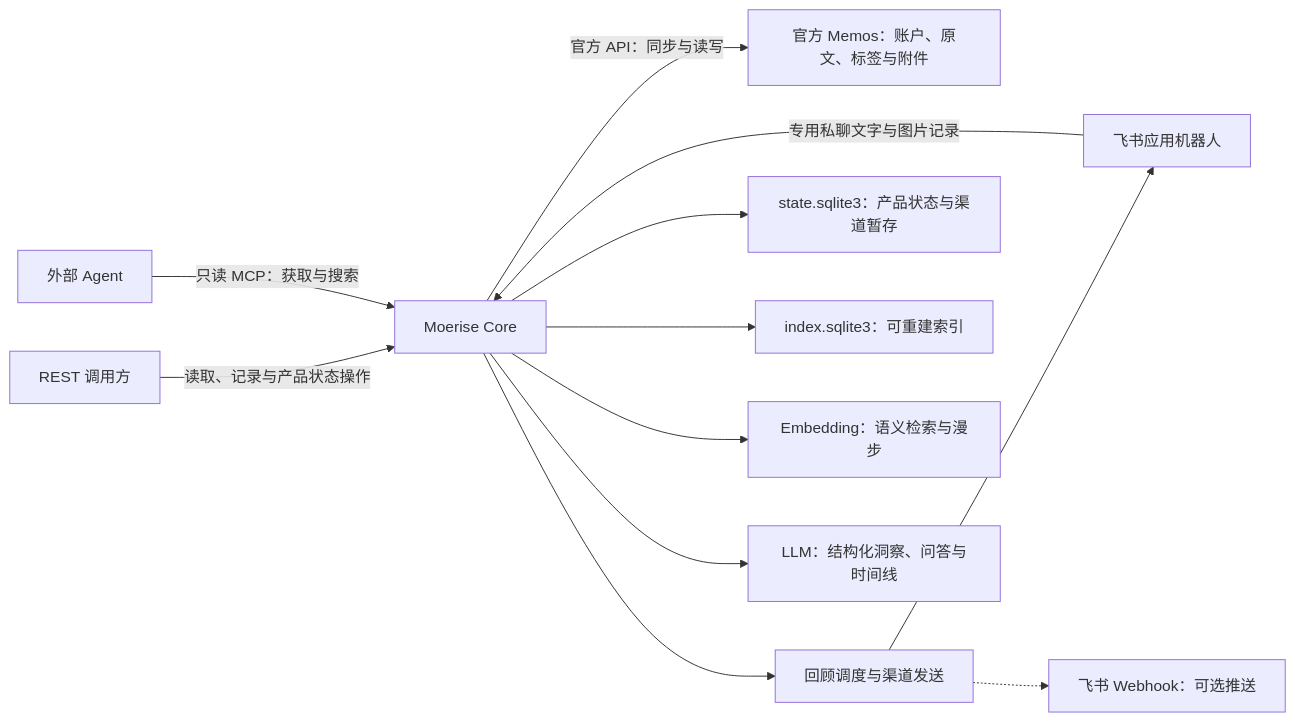
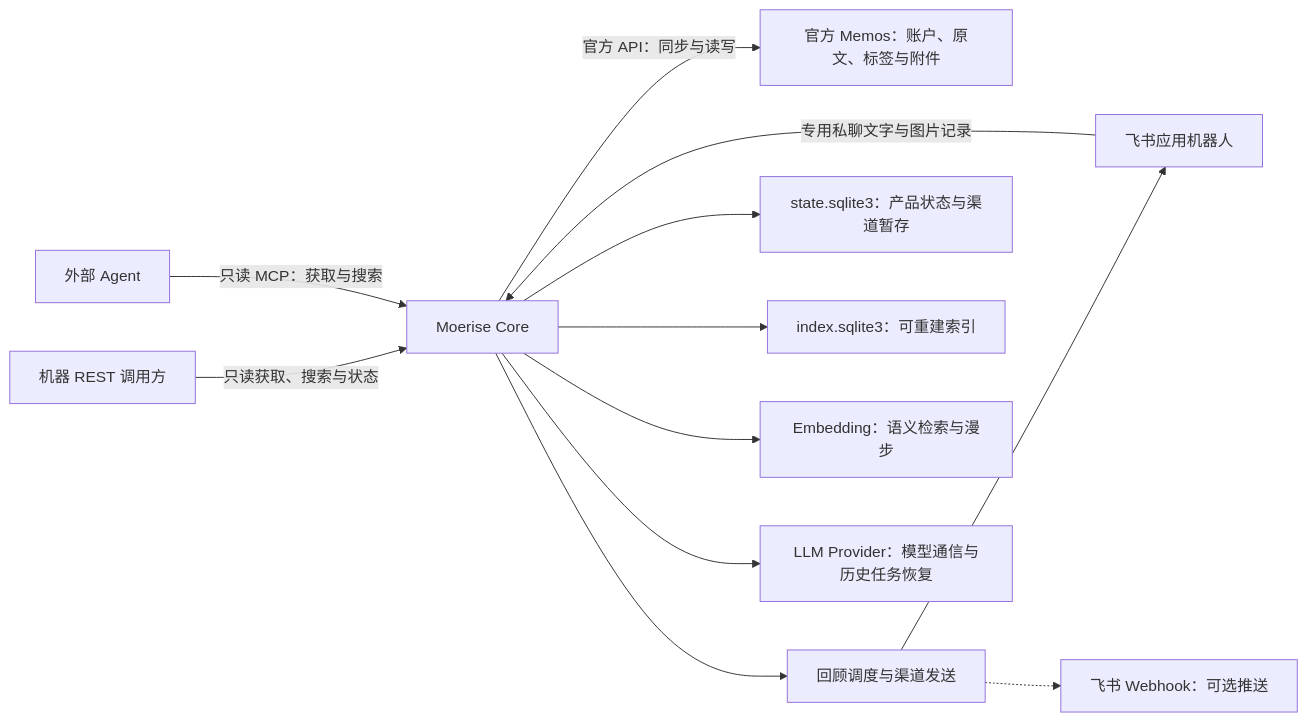
One commit to Fermin214/Moerise changed the first of 2 diagrams in docs/PRODUCT-ARCHITECTURE.md. Above: the diagram before and after it, drawn with Mermaid. The commit also changed other lines of this file and 34 other files, not shown here.

````diff
--- a/docs/PRODUCT-ARCHITECTURE.md
+++ b/docs/PRODUCT-ARCHITECTURE.md
@@ -40,15 +40,15 @@
 ```mermaid
 flowchart LR
     Memos["官方 Memos：账户、原文、标签与附件"]
     Core["Moerise Core"] -->|"官方 API：同步与读写"| Memos
-    Caller["REST 调用方"] -->|"读取、记录与产品状态操作"| Core
+    Caller["机器 REST 调用方"] -->|"只读获取、搜索与状态"| Core
     Agents["外部 Agent"] -->|"只读 MCP：获取与搜索"| Core
     FeishuBot["飞书应用机器人"] -->|"专用私聊文字与图片记录"| Core
     Core --> Notify["回顾调度与渠道发送"]
     Core --> State["state.sqlite3：产品状态与渠道暂存"]
     Core --> Index["index.sqlite3：可重建索引"]
     Core --> Embedding["Embedding：语义检索与漫步"]
-    Core --> LLM["LLM：结构化洞察、问答与时间线"]
+    Core --> LLM["LLM Provider：模型通信与历史任务恢复"]
     Notify --> FeishuBot
     Notify -.-> FeishuWebhook["飞书 Webhook：可选推送"]
 ```
````
